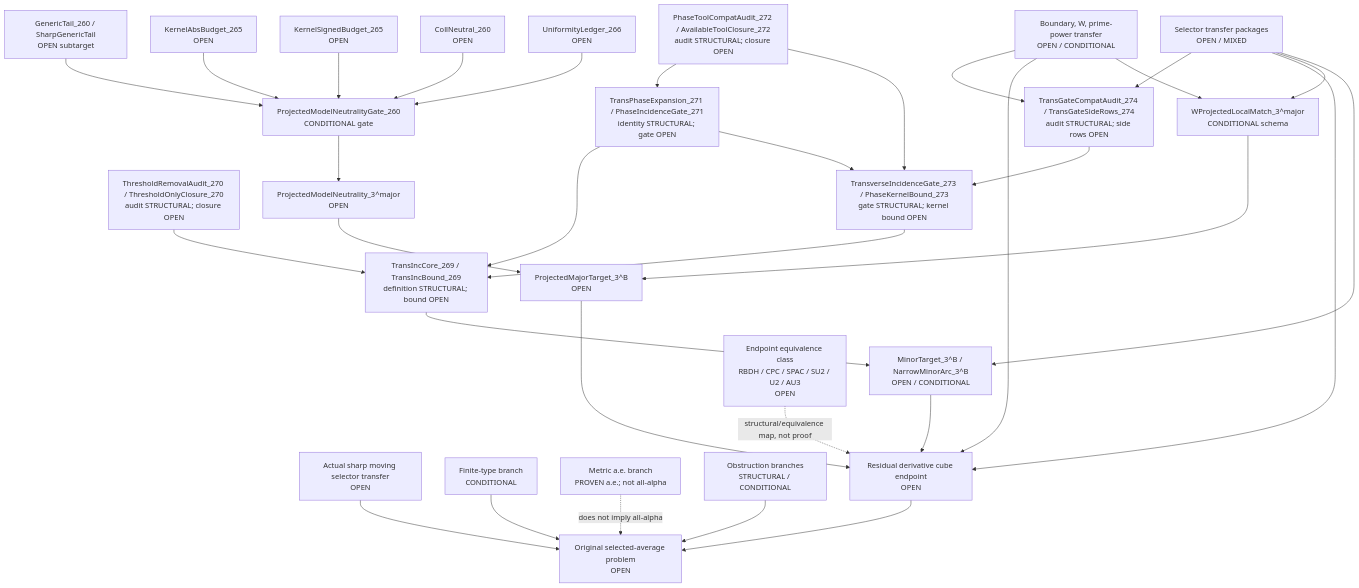
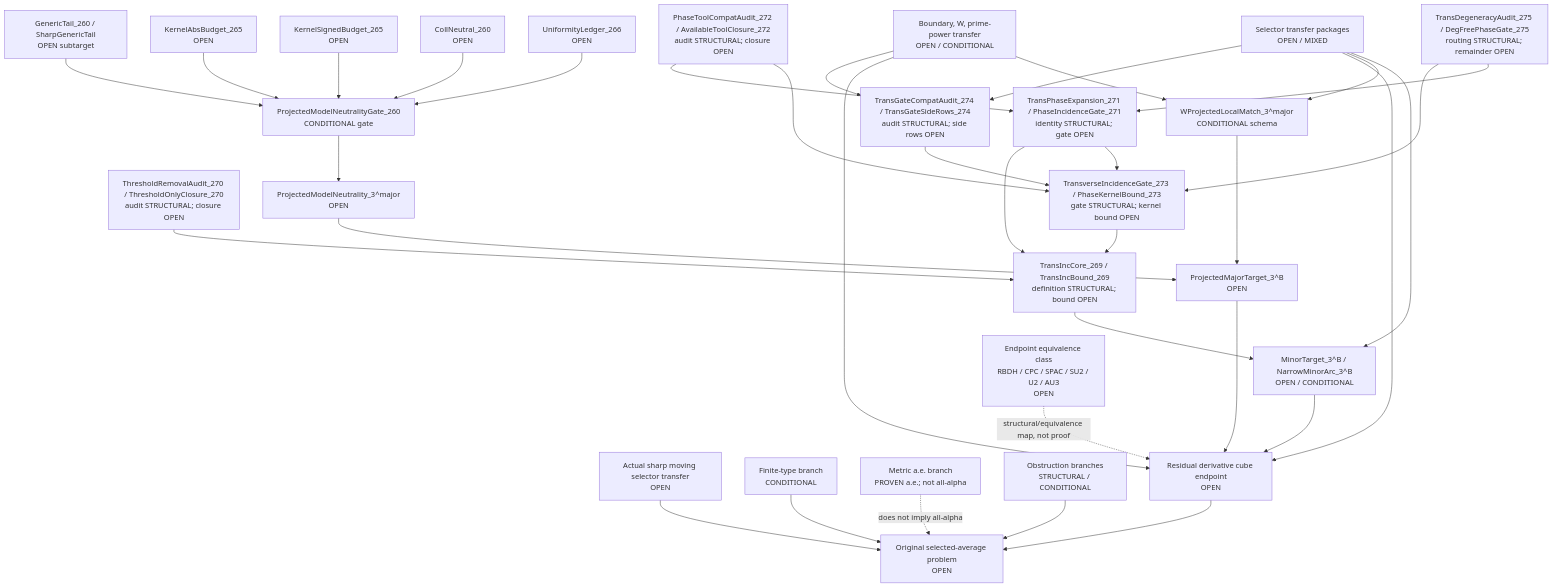
Before and after one commit to flaritycat/PrimeResonanceGap: the diagram in docs/modules/dependency_graph.md, drawn with Mermaid. The commit also changed 9 other files, not shown here.

Commit message:
Add Module 275 transverse degeneracy audit

````diff
--- a/docs/modules/dependency_graph.md
+++ b/docs/modules/dependency_graph.md
@@ -7,67 +7,70 @@
 ```mermaid
 flowchart TD
   Original["Original selected-average problem<br/>OPEN"]
   SharpSel["Actual sharp moving selector transfer<br/>OPEN"]
   FiniteType["Finite-type branch<br/>CONDITIONAL"]
   Metric["Metric a.e. branch<br/>PROVEN a.e.; not all-alpha"]
   Obstruction["Obstruction branches<br/>STRUCTURAL / CONDITIONAL"]
 
   ResCube["Residual derivative cube endpoint<br/>OPEN"]
   MajorTarget["ProjectedMajorTarget_3^B<br/>OPEN"]
   MinorTarget["MinorTarget_3^B / NarrowMinorArc_3^B<br/>OPEN / CONDITIONAL"]
   TransInc["TransIncCore_269 / TransIncBound_269<br/>definition STRUCTURAL; bound OPEN"]
   ThresholdAudit["ThresholdRemovalAudit_270 / ThresholdOnlyClosure_270<br/>audit STRUCTURAL; closure OPEN"]
   PhaseExpansion["TransPhaseExpansion_271 / PhaseIncidenceGate_271<br/>identity STRUCTURAL; gate OPEN"]
   ToolCompat["PhaseToolCompatAudit_272 / AvailableToolClosure_272<br/>audit STRUCTURAL; closure OPEN"]
   TransGate["TransverseIncidenceGate_273 / PhaseKernelBound_273<br/>gate STRUCTURAL; kernel bound OPEN"]
   TransGateCompat["TransGateCompatAudit_274 / TransGateSideRows_274<br/>audit STRUCTURAL; side rows OPEN"]
+  DegAudit["TransDegeneracyAudit_275 / DegFreePhaseGate_275<br/>routing STRUCTURAL; remainder OPEN"]
   SelectorTransfer["Selector transfer packages<br/>OPEN / MIXED"]
   BoundaryTransfer["Boundary, W, prime-power transfer<br/>OPEN / CONDITIONAL"]
 
   WLocal["WProjectedLocalMatch_3^major<br/>CONDITIONAL schema"]
   ModelNeutral["ProjectedModelNeutrality_3^major<br/>OPEN"]
   PMNGate["ProjectedModelNeutralityGate_260<br/>CONDITIONAL gate"]
   GenericTail["GenericTail_260 / SharpGenericTail<br/>OPEN subtarget"]
   KernelAbs["KernelAbsBudget_265<br/>OPEN"]
   KernelSigned["KernelSignedBudget_265<br/>OPEN"]
   CollNeutral["CollNeutral_260<br/>OPEN"]
   Uniformity["UniformityLedger_266<br/>OPEN"]
 
   EndpointClass["Endpoint equivalence class<br/>RBDH / CPC / SPAC / SU2 / U2 / AU3<br/>OPEN"]
 
   SharpSel --> Original
   FiniteType --> Original
   Obstruction --> Original
   ResCube --> Original
   Metric -. "does not imply all-alpha" .-> Original
 
   MajorTarget --> ResCube
   MinorTarget --> ResCube
   TransInc --> MinorTarget
   ThresholdAudit --> TransInc
   PhaseExpansion --> TransInc
   ToolCompat --> PhaseExpansion
   TransGate --> TransInc
   PhaseExpansion --> TransGate
   ToolCompat --> TransGate
   TransGateCompat --> TransGate
   SelectorTransfer --> TransGateCompat
   BoundaryTransfer --> TransGateCompat
+  DegAudit --> TransGate
+  DegAudit --> PhaseExpansion
   SelectorTransfer --> ResCube
   BoundaryTransfer --> ResCube
   EndpointClass -. "structural/equivalence map, not proof" .-> ResCube
 
   WLocal --> MajorTarget
   ModelNeutral --> MajorTarget
 
   PMNGate --> ModelNeutral
   GenericTail --> PMNGate
   KernelAbs --> PMNGate
   KernelSigned --> PMNGate
   CollNeutral --> PMNGate
   Uniformity --> PMNGate
 
   BoundaryTransfer --> WLocal
   SelectorTransfer --> WLocal
   SelectorTransfer --> MinorTarget
 ```
````
